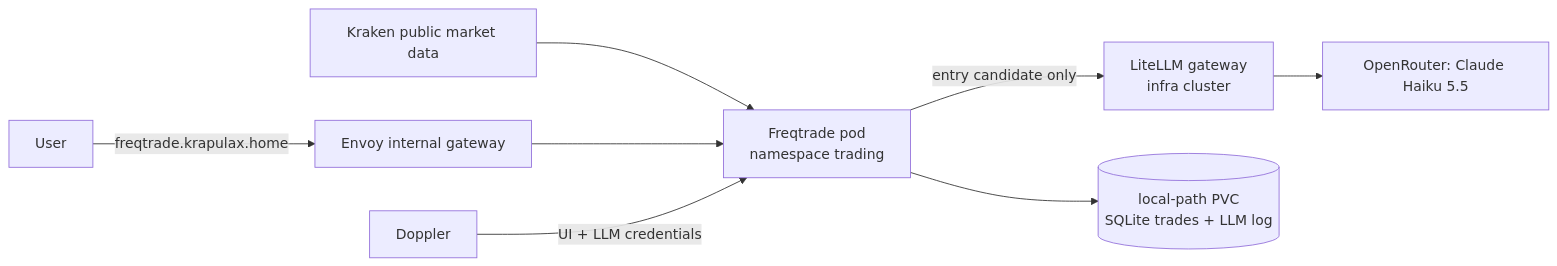
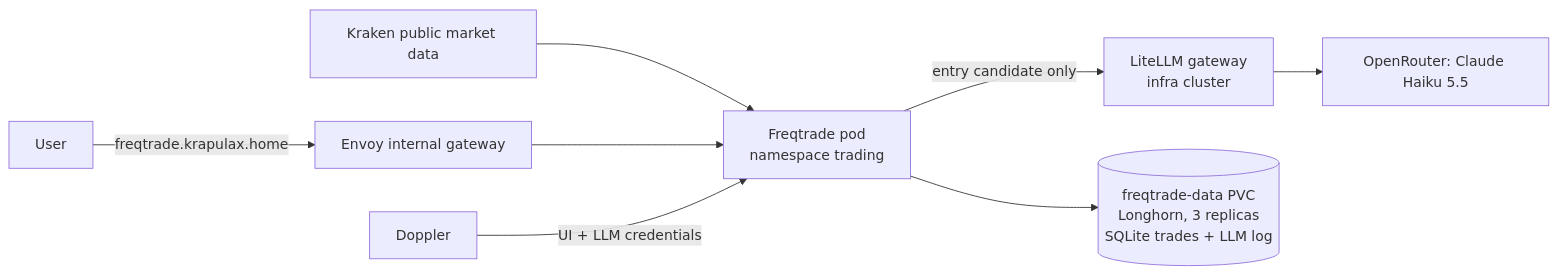
Before and after one commit to fabricesemti80/home-dc-kubernetes: the diagram in docs/architecture/freqtrade-trading-bot.md, drawn with Mermaid. The commit also changed other lines of this file and 8 other files, not shown here.

First line of the commit message:
feat(freqtrade): move the data volume to Longhorn (cutover) (#538)

````diff
--- a/docs/architecture/freqtrade-trading-bot.md
+++ b/docs/architecture/freqtrade-trading-bot.md
@@ -13,9 +13,9 @@
 ```mermaid
 flowchart LR
     Kraken[Kraken public market data] --> FT[Freqtrade pod<br/>namespace trading]
     FT -->|entry candidate only| LiteLLM[LiteLLM gateway<br/>infra cluster]
     LiteLLM --> OR[OpenRouter: Claude Haiku 5.5]
-    FT --> PVC[(local-path PVC<br/>SQLite trades + LLM log)]
+    FT --> PVC[(freqtrade-data PVC<br/>Longhorn, 3 replicas<br/>SQLite trades + LLM log)]
     User -->|freqtrade.krapulax.home| Envoy[Envoy internal gateway] --> FT
     Doppler -->|UI + LLM credentials| FT
 ```
````
